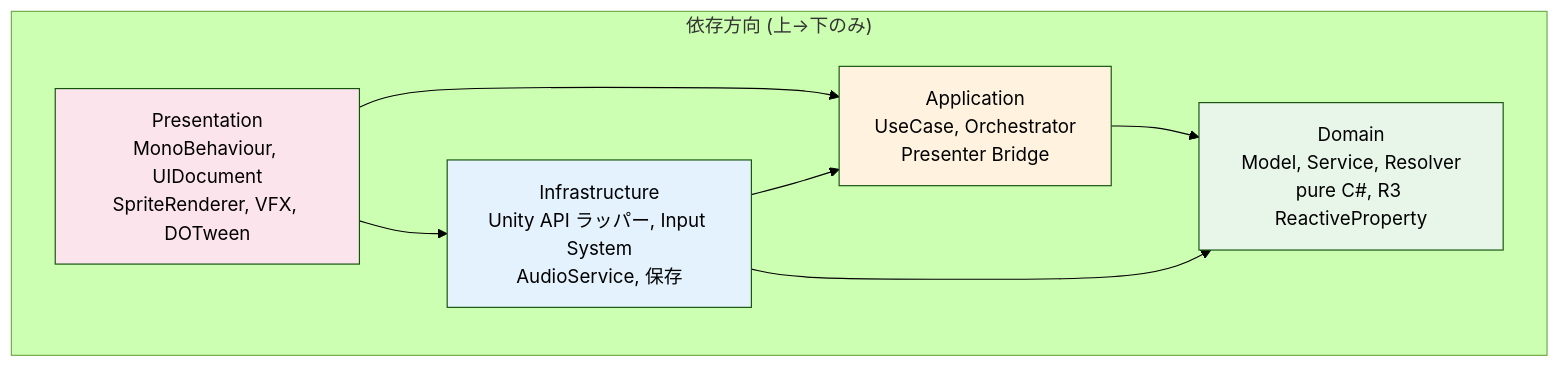
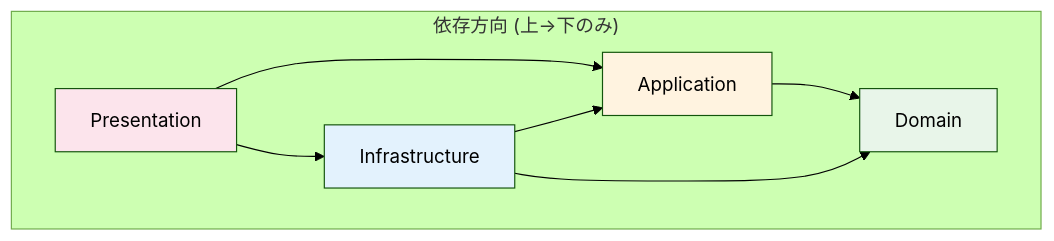
The third of 8 diagrams in docs/architecture.md (OUCC/2026-spring-hackathon-teamA), drawn with Mermaid (forest theme) before and after one commit. The commit also changed other lines of this file, not shown here.

First line of the commit message:
architecture.md の mermaid 図を修正

````diff
--- a/docs/architecture.md
+++ b/docs/architecture.md
@@ -102,20 +111,20 @@
 ```mermaid
 graph TB
     subgraph layers["依存方向 (上→下のみ)"]
-        Pres["Presentation<br/>MonoBehaviour, UIDocument<br/>SpriteRenderer, VFX, DOTween"]
-        Infra["Infrastructure<br/>Unity API ラッパー, Input System<br/>AudioService, 保存"]
-        App["Application<br/>UseCase, Orchestrator<br/>Presenter Bridge"]
-        Dom["Domain<br/>Model, Service, Resolver<br/>pure C#, R3 ReactiveProperty"]
+        Pres[Presentation]
+        Infra[Infrastructure]
+        App[Application]
+        Dom[Domain]
     end
 
     Pres --> App
     Pres --> Infra
     Infra --> App
     Infra --> Dom
     App --> Dom
 
     style Dom fill:#e8f5e9
     style App fill:#fff3e0
     style Infra fill:#e3f2fd
     style Pres fill:#fce4ec
 ```
````
